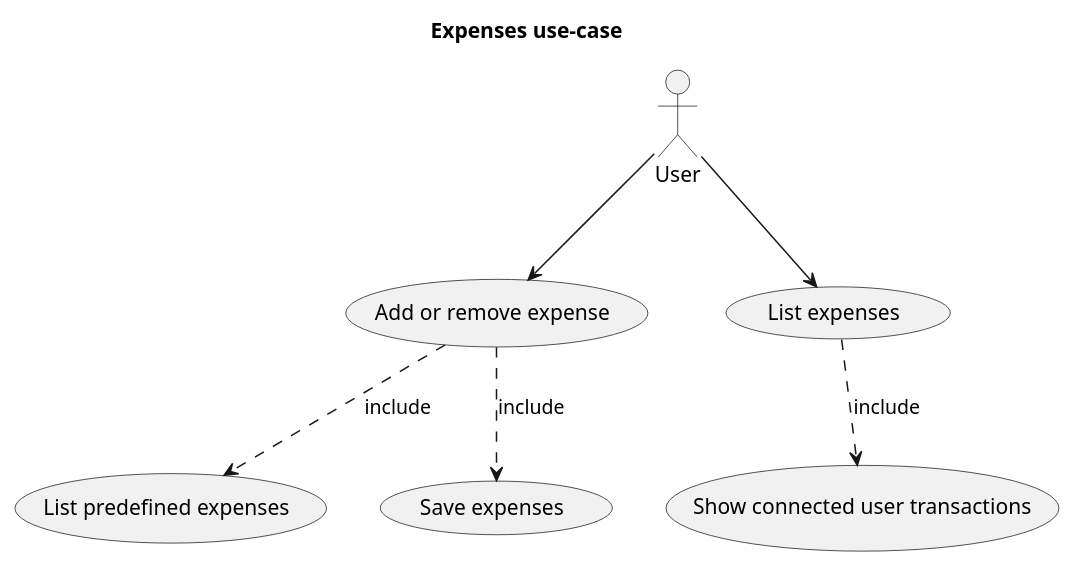
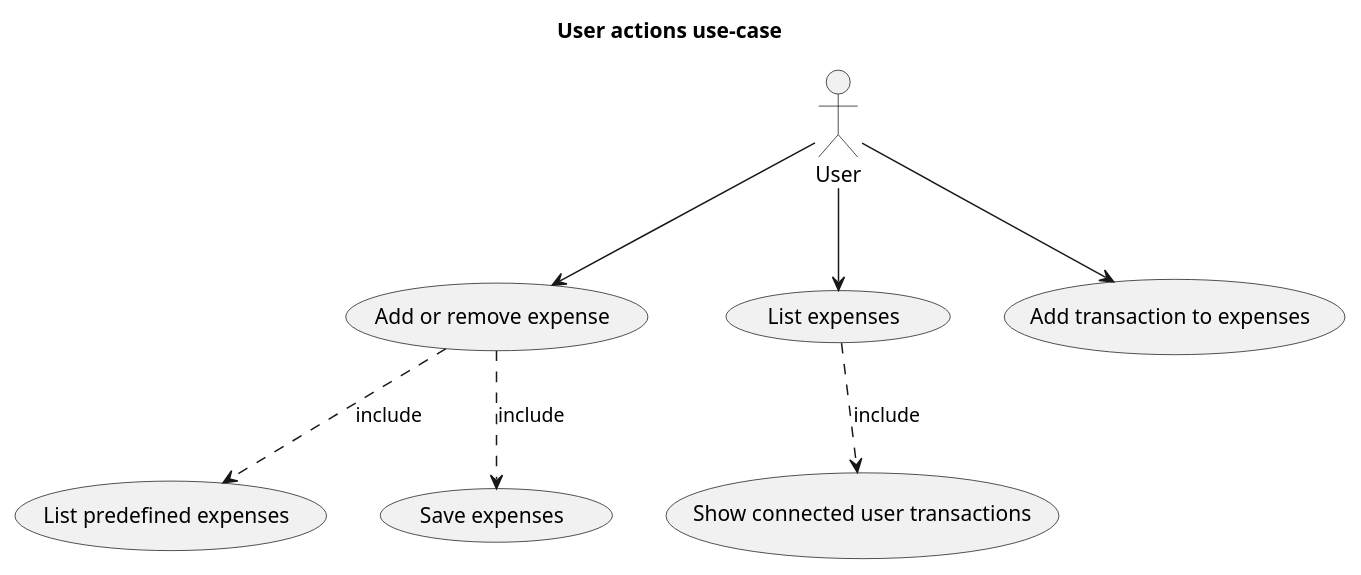
One commit to szattila98/veryrezsi changed the diagram in docs/src/expenses_usecase.plantuml. Above: the diagram before and after it, drawn with PlantUML. The commit also changed 5 other files, not shown here.

Commit message:
Made diagrams simpler.

```diff
--- a/docs/src/expenses_usecase.plantuml
+++ b/docs/src/expenses_usecase.plantuml
@@ -1,15 +1,16 @@
 @startuml expenses_usecase
-title Expenses use-case
-actor "User" as user
+title User actions use-case
 "Add or remove expense" as (add_exp)
 "List predefined expenses" as (list_pred)
 "Save expenses" as (save_exp)
 add_exp ..> list_pred : include
 add_exp ..> save_exp : include
 "List expenses" as (list_exp_all)
 "Show connected user transactions" as (show_tr)
 list_exp_all ..> show_tr : include
-
+"Add transaction to expenses" as (add_tr)
+actor "User" as user
 user --> add_exp
 user --> list_exp_all
+user --> add_tr
 @enduml
```
